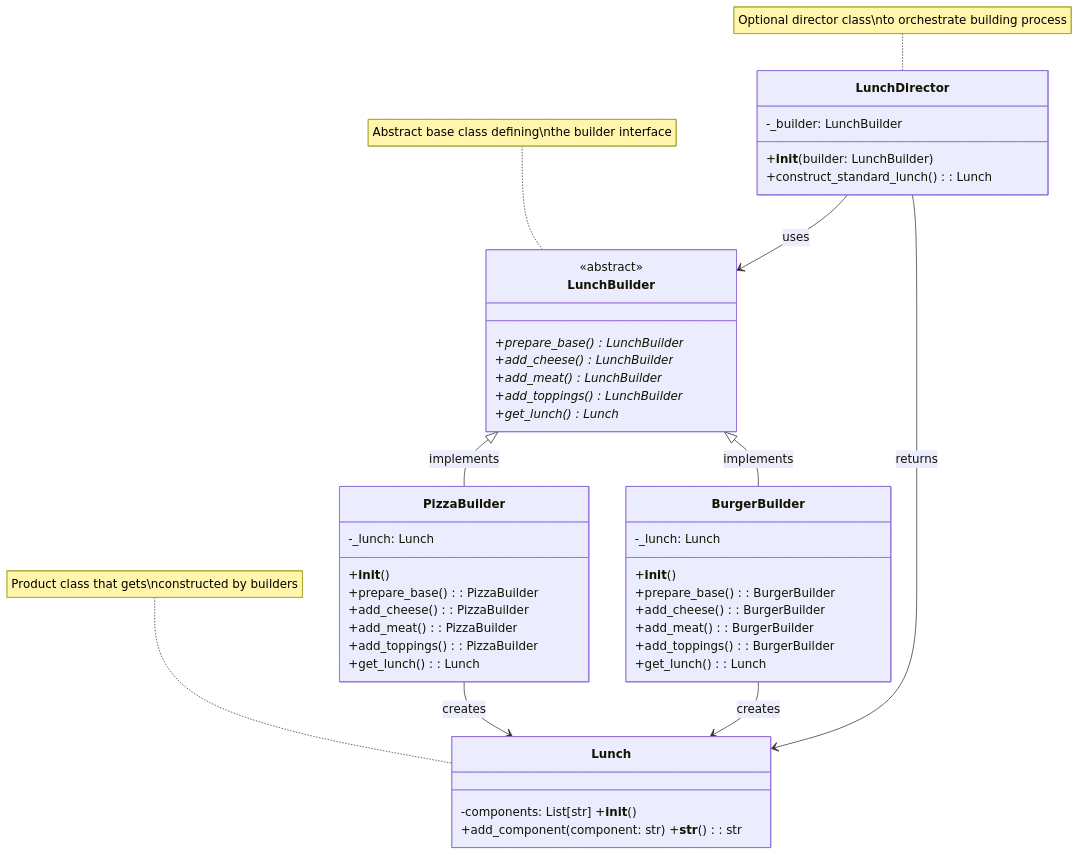
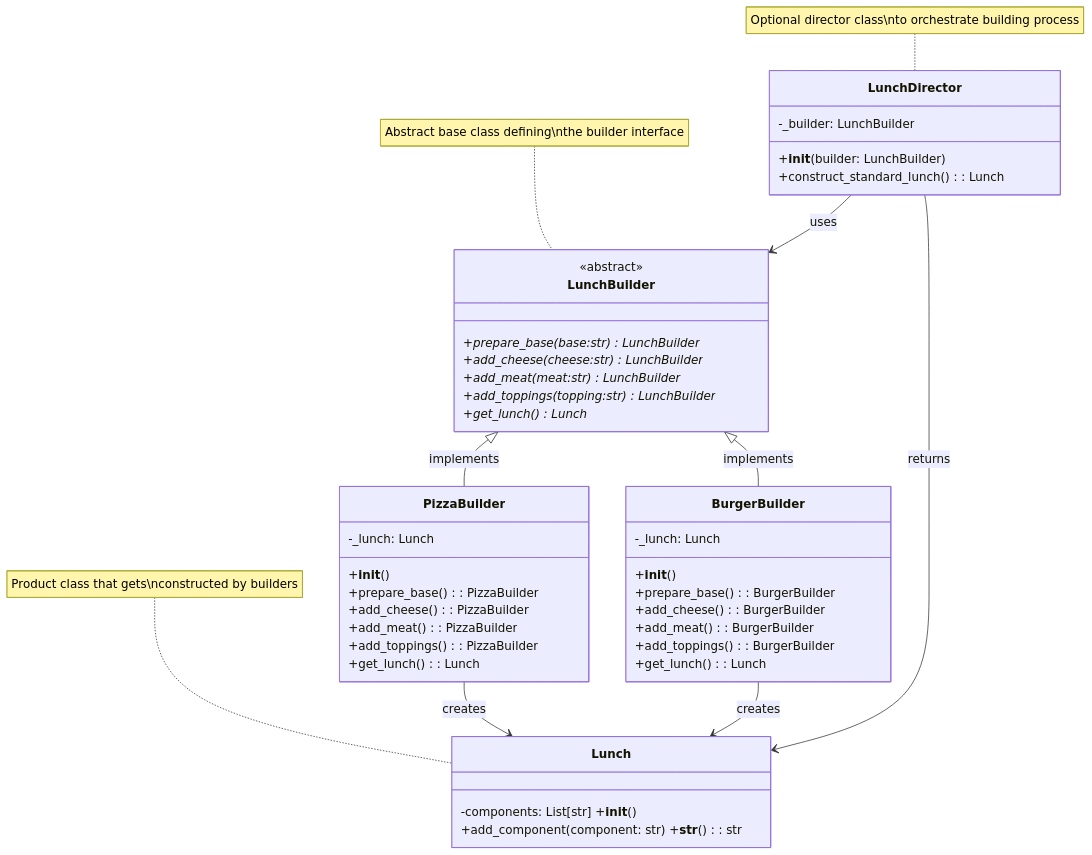
Before and after one commit to asminkarki012/coding-challenges-learning: the second of 2 diagrams in learn-python/design-pattern/README.md, drawn with Mermaid. The commit also changed 1 other file, not shown here.

Commit message:
design pattern: completed builder pattern

````diff
--- a/learn-python/design-pattern/README.md
+++ b/learn-python/design-pattern/README.md
@@ -78,55 +78,55 @@
 ```mermaid
 classDiagram
 class Lunch {
 -components: List[str] +**init**()
 +add_component(component: str) +**str**(): str
 }
 
     class LunchBuilder {
         <<abstract>>
-        +prepare_base()* LunchBuilder
-        +add_cheese()* LunchBuilder
-        +add_meat()* LunchBuilder
-        +add_toppings()* LunchBuilder
+        +prepare_base(base:str)* LunchBuilder
+        +add_cheese(cheese:str)* LunchBuilder
+        +add_meat(meat:str)* LunchBuilder
+        +add_toppings(topping:str)* LunchBuilder
         +get_lunch()* Lunch
     }
 
     class PizzaBuilder {
         -_lunch: Lunch
         +__init__()
         +prepare_base(): PizzaBuilder
         +add_cheese(): PizzaBuilder
         +add_meat(): PizzaBuilder
         +add_toppings(): PizzaBuilder
         +get_lunch(): Lunch
     }
 
     class BurgerBuilder {
         -_lunch: Lunch
         +__init__()
         +prepare_base(): BurgerBuilder
         +add_cheese(): BurgerBuilder
         +add_meat(): BurgerBuilder
         +add_toppings(): BurgerBuilder
         +get_lunch(): Lunch
     }
 
     class LunchDirector {
         -_builder: LunchBuilder
         +__init__(builder: LunchBuilder)
         +construct_standard_lunch(): Lunch
     }
 
     %% Relationships
     LunchBuilder <|-- PizzaBuilder : implements
     LunchBuilder <|-- BurgerBuilder : implements
     LunchDirector --> LunchBuilder : uses
     PizzaBuilder --> Lunch : creates
     BurgerBuilder --> Lunch : creates
     LunchDirector --> Lunch : returns
 
     %% Notes
     note for LunchBuilder "Abstract base class defining\nthe builder interface"
     note for LunchDirector "Optional director class\nto orchestrate building process"
     note for Lunch "Product class that gets\nconstructed by builders"
 ```
````
